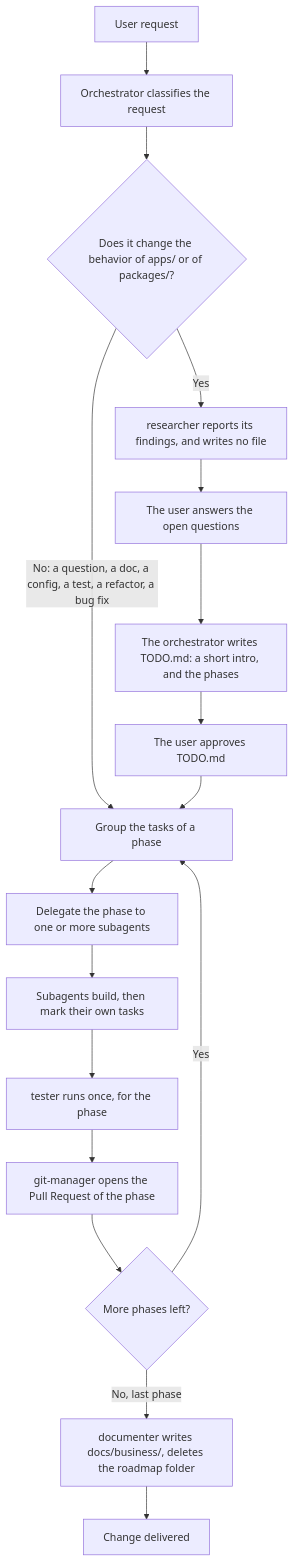
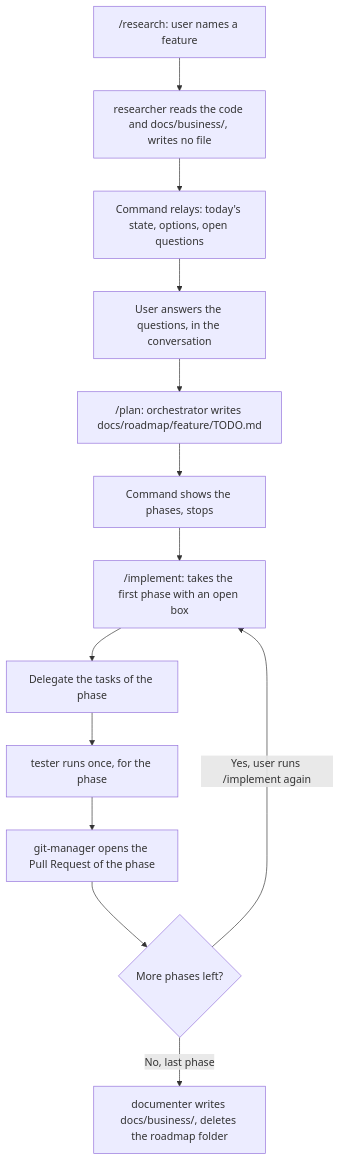
Before and after one commit to GitOpsLovers/gitpaas: the second of 2 diagrams in docs/architecture/agents/key-flows.md, drawn with Mermaid. The commit also changed other lines of this file and 8 other files, not shown here.

````diff
--- a/docs/architecture/agents/key-flows.md
+++ b/docs/architecture/agents/key-flows.md
@@ -7,19 +25,15 @@
 ```mermaid
 flowchart TD
-    A[User request] --> B[Orchestrator classifies the request]
-    B --> C{Does it change the behavior of apps/ or of packages/?}
-    C -->|No: a question, a doc, a config, a test, a refactor, a bug fix| E[Group the tasks of a phase]
-    C -->|Yes| R[researcher reports its findings, and writes no file]
-    R --> RA[The user answers the open questions]
-    RA --> P[The orchestrator writes TODO.md: a short intro, and the phases]
-    P --> PA[The user approves TODO.md]
-    PA --> E
-    E --> F[Delegate the phase to one or more subagents]
-    F --> G[Subagents build, then mark their own tasks]
-    G --> H[tester runs once, for the phase]
-    H --> I[git-manager opens the Pull Request of the phase]
-    I --> J{More phases left?}
-    J -->|Yes| E
-    J -->|No, last phase| DOC[documenter writes docs/business/, deletes the roadmap folder]
-    DOC --> K[Change delivered]
+    A["/research: user names a feature"] --> B[researcher reads the code and docs/business/, writes no file]
+    B --> C[Command relays: today's state, options, open questions]
+    C --> D[User answers the questions, in the conversation]
+    D --> E["/plan: orchestrator writes docs/roadmap/feature/TODO.md"]
+    E --> F[Command shows the phases, stops]
+    F --> G["/implement: takes the first phase with an open box"]
+    G --> H[Delegate the tasks of the phase]
+    H --> I[tester runs once, for the phase]
+    I --> J[git-manager opens the Pull Request of the phase]
+    J --> K{More phases left?}
+    K -->|Yes, user runs /implement again| G
+    K -->|No, last phase| L[documenter writes docs/business/, deletes the roadmap folder]
 ```
````
